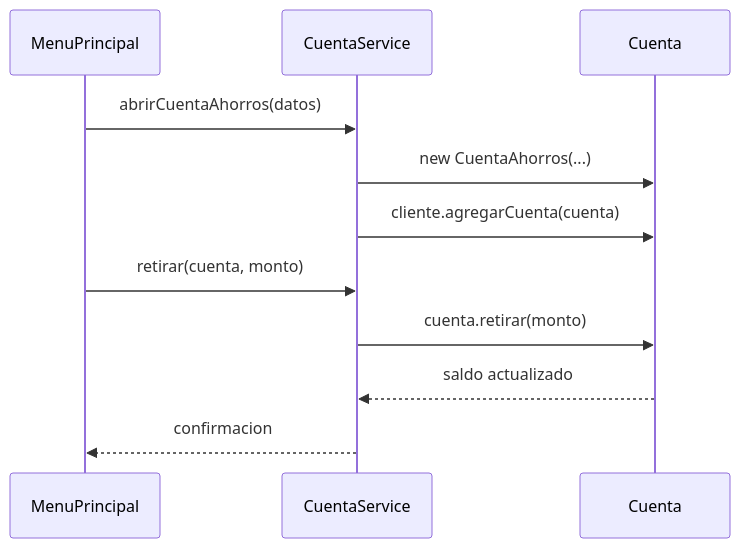
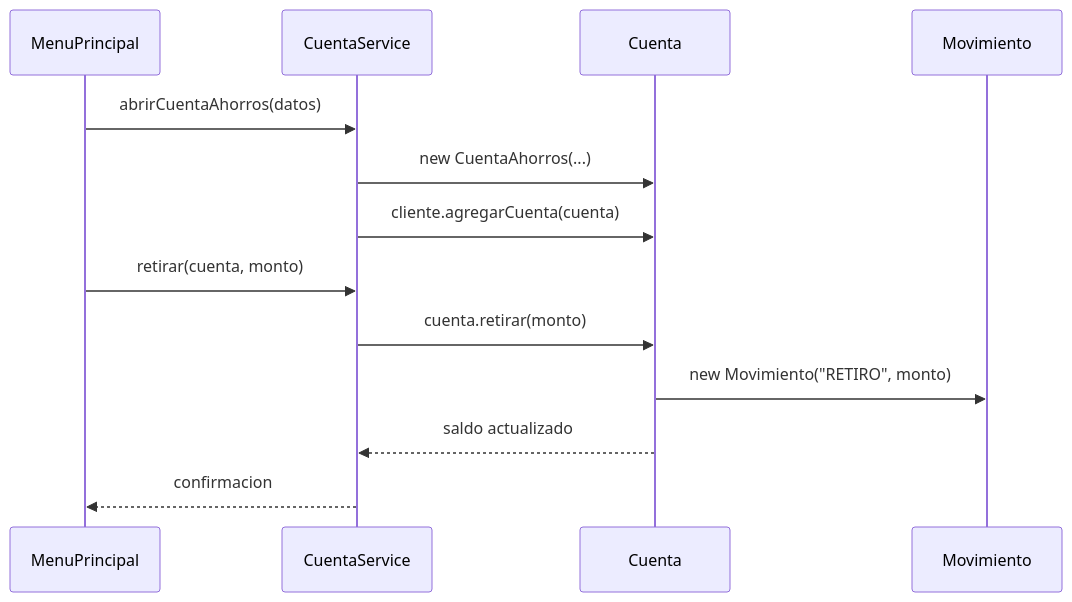
The third of 3 diagrams in content/cursos/estructuras-de-datos/diseno-con-tad-y-orientacion-a-objetos.mdx (santiagoSuarez219/nodo-edu), drawn with Mermaid before and after one commit. The commit also changed other lines of this file, not shown here.

First line of the commit message:
content(estructuras-de-datos): add Movimiento composition, aggregation and association to OO lesson

````diff
--- a/content/cursos/estructuras-de-datos/diseno-con-tad-y-orientacion-a-objetos.mdx
+++ b/content/cursos/estructuras-de-datos/diseno-con-tad-y-orientacion-a-objetos.mdx
@@ -437,13 +640,15 @@
 ```mermaid
 sequenceDiagram
   participant View as MenuPrincipal
   participant Service as CuentaService
   participant Model as Cuenta
+  participant Registro as Movimiento
   View->>Service: abrirCuentaAhorros(datos)
   Service->>Model: new CuentaAhorros(...)
   Service->>Model: cliente.agregarCuenta(cuenta)
   View->>Service: retirar(cuenta, monto)
   Service->>Model: cuenta.retirar(monto)
+  Model->>Registro: new Movimiento("RETIRO", monto)
   Model-->>Service: saldo actualizado
   Service-->>View: confirmacion
 ```
````
